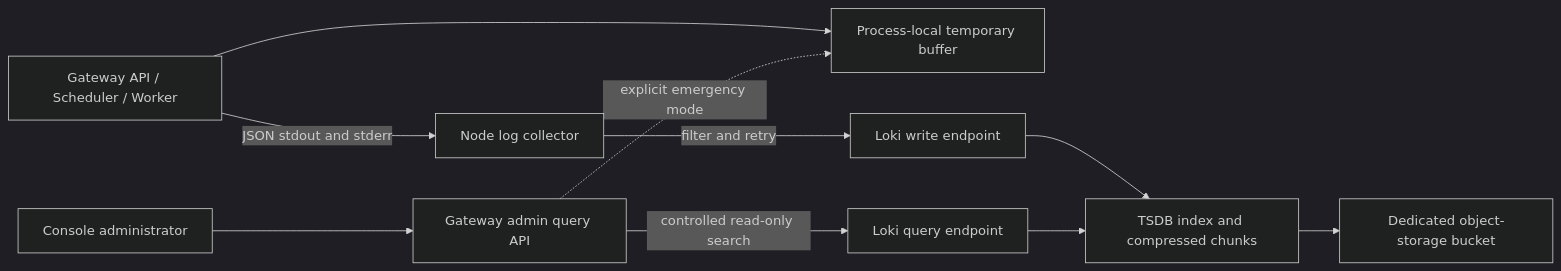
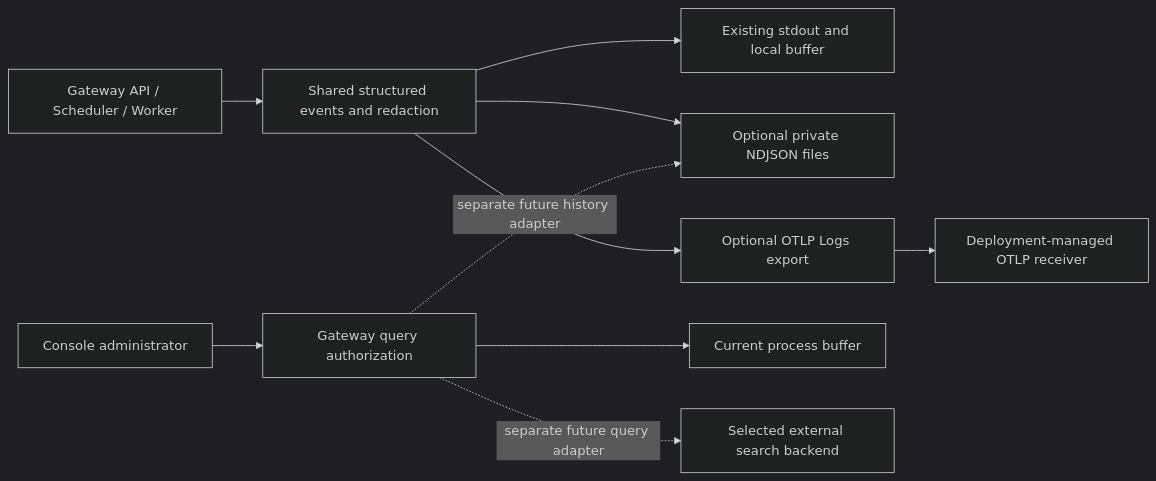
The diagram in docs/runtime-log-product-design.md (ccsert/artifact-gateway), drawn with Mermaid (dark theme) before and after one commit. The commit also changed other lines of this file and 1 other file, not shown here.

Commit message:
docs: separate log output modes from history queries

````diff
--- a/docs/runtime-log-product-design.md
+++ b/docs/runtime-log-product-design.md
@@ -45,12 +19,12 @@
 ```mermaid
 flowchart LR
-  A[Gateway API / Scheduler / Worker] -->|JSON stdout and stderr| B[Node log collector]
-  A --> L[Process-local temporary buffer]
-  B -->|filter and retry| W[Loki write endpoint]
-  W --> D[TSDB index and compressed chunks]
-  D --> E[Dedicated object-storage bucket]
-  U[Console administrator] --> G[Gateway admin query API]
-  G -->|controlled read-only search| Q[Loki query endpoint]
-  Q --> D
-  G -.explicit emergency mode.-> L
+  A[Gateway API / Scheduler / Worker] --> R[Shared structured events and redaction]
+  R --> S[Existing stdout and local buffer]
+  R --> F[Optional private NDJSON files]
+  R --> O[Optional OTLP Logs export]
+  O --> P[Deployment-managed OTLP receiver]
+  U[Console administrator] --> G[Gateway query authorization]
+  G --> L[Current process buffer]
+  G -.separate future history adapter.-> F
+  G -.separate future query adapter.-> Q[Selected external search backend]
 ```
````
